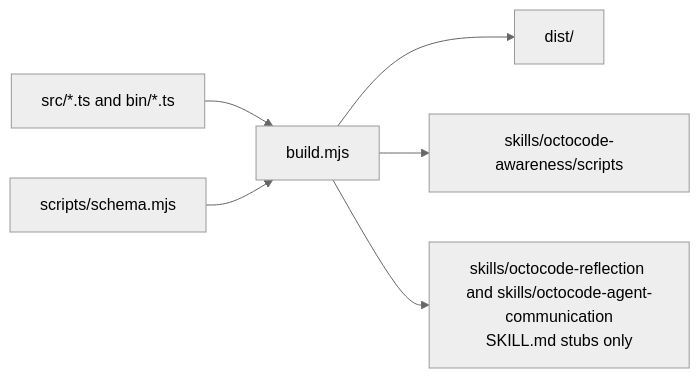
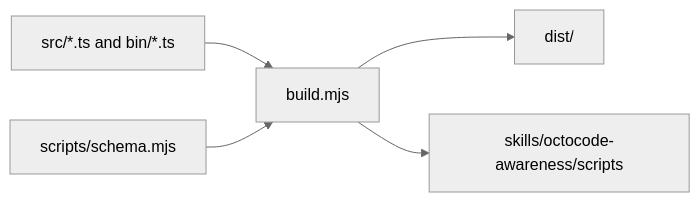
One commit to bgauryy/octocode changed the seventh of 7 diagrams in packages/octocode-awareness/docs/SKILLS.md. Above: the diagram before and after it, drawn with Mermaid (neutral theme). The commit also changed other lines of this file and 106 other files, not shown here.

````diff
--- a/packages/octocode-awareness/docs/SKILLS.md
+++ b/packages/octocode-awareness/docs/SKILLS.md
@@ -319,8 +306,7 @@
 ```mermaid
 flowchart LR
   TS["src/*.ts and bin/*.ts"] --> Build["build.mjs"]
   Schema["scripts/schema.mjs"] --> Build
   Build --> Dist["dist/"]
   Build --> AwarenessScripts["skills/octocode-awareness/scripts"]
-  Build --> StubSkills["skills/octocode-reflection and skills/octocode-agent-communication<br/>SKILL.md stubs only"]
 ```
````
